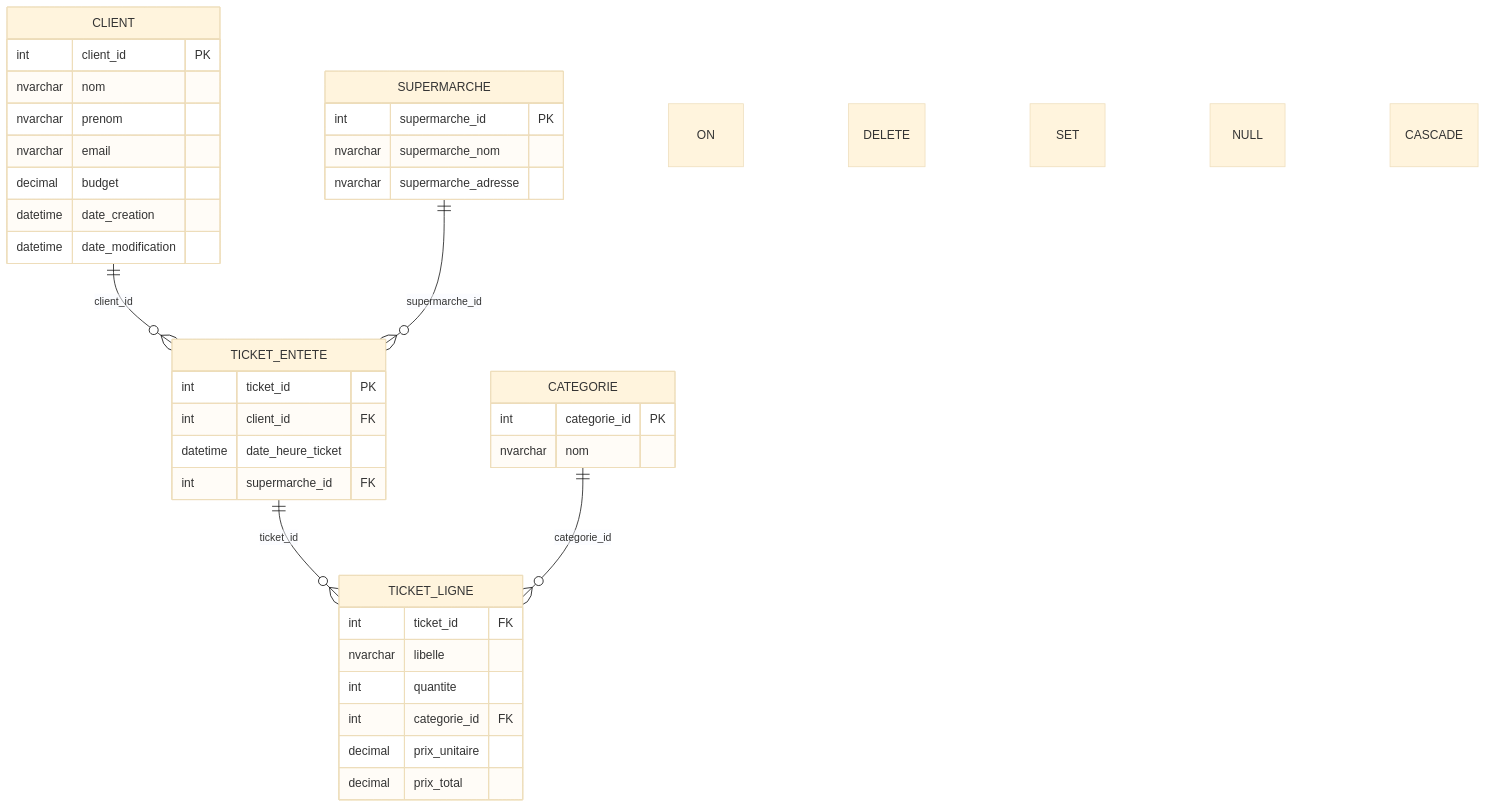
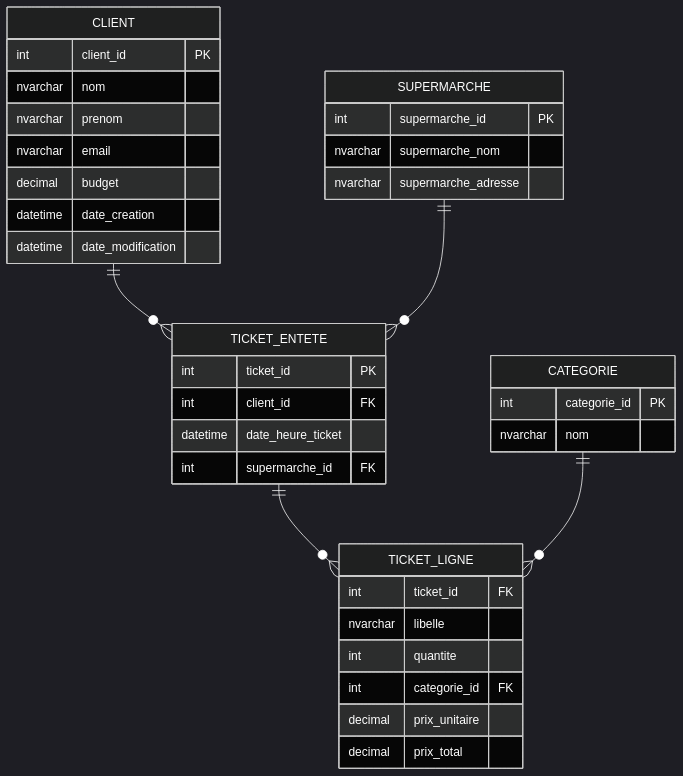
The diagram in mcd.md (Louis903995/Ingestion-Service), drawn with Mermaid before and after one commit.

Commit message:
modification mcd

````diff
--- a/mcd.md
+++ b/mcd.md
@@ -1,47 +1,51 @@
 ```mermaid
-%%{init: {"theme": "base"}}%%
+%%{init: {'theme': 'dark', 'themeVariables': { 
+  'primaryColor': '#1E1E1E', 
+  'secondaryColor': '#2D2D2D', 
+  'tertiaryColor': '#3E3E3E', 
+  'lineColor': '#FFFFFF', 
+  'textColor': '#FFFFFF' 
+}}}%%
 erDiagram
     CLIENT {
         int client_id PK
         nvarchar nom
         nvarchar prenom
         nvarchar email
         decimal budget
         datetime date_creation
         datetime date_modification
     }
 
     SUPERMARCHE {
         int supermarche_id PK
         nvarchar supermarche_nom
         nvarchar supermarche_adresse
     }
 
     TICKET_ENTETE {
         int ticket_id PK
         int client_id FK
         datetime date_heure_ticket
         int supermarche_id FK
     }
 
     CATEGORIE {
         int categorie_id PK
         nvarchar nom
     }
 
     TICKET_LIGNE {
         int ticket_id FK
         nvarchar libelle
         int quantite
         int categorie_id FK
         decimal prix_unitaire
         decimal prix_total
     }
 
-    CLIENT ||--o{ TICKET_ENTETE : client_id ON DELETE SET NULL
-    SUPERMARCHE ||--o{ TICKET_ENTETE : supermarche_id
-    TICKET_ENTETE ||--o{ TICKET_LIGNE : ticket_id ON DELETE CASCADE
-    CATEGORIE ||--o{ TICKET_LIGNE : categorie_id
-
-
+    CLIENT ||--o{ TICKET_ENTETE : ""
+    SUPERMARCHE ||--o{ TICKET_ENTETE : ""
+    TICKET_ENTETE ||--o{ TICKET_LIGNE : ""
+    CATEGORIE ||--o{ TICKET_LIGNE : ""
 ```
````
